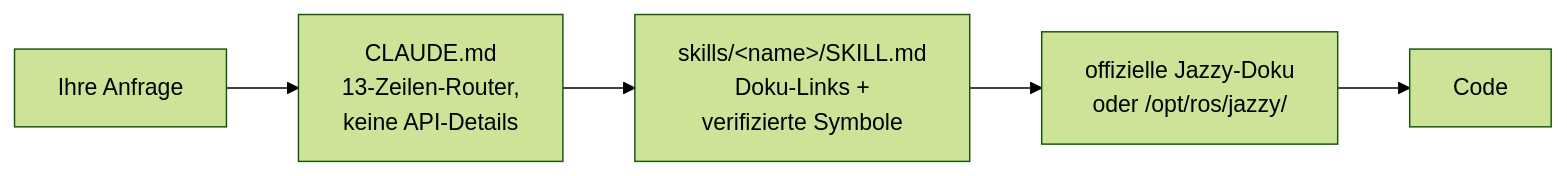
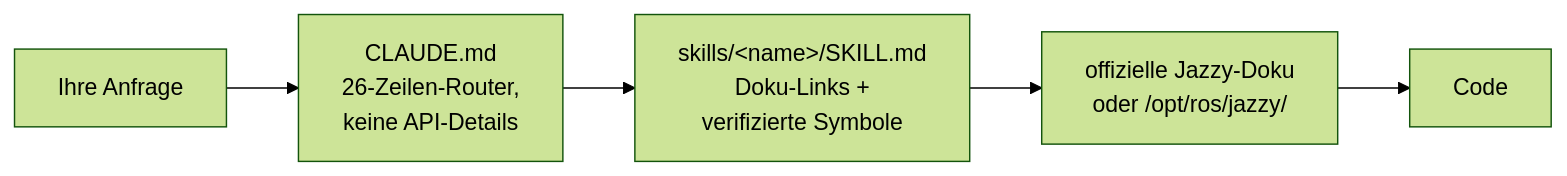
Before and after one commit to Leehyunbin0131/claude-ros2-skills: the diagram in README.de.md, drawn with Mermaid (forest theme). The commit also changed other lines of this file and 11 other files, not shown here.

````diff
--- a/README.de.md
+++ b/README.de.md
@@ -145,7 +145,7 @@
 ```mermaid
 flowchart LR
-    A["Ihre Anfrage"] --> B["CLAUDE.md<br/>13-Zeilen-Router,<br/>keine API-Details"]
+    A["Ihre Anfrage"] --> B["CLAUDE.md<br/>26-Zeilen-Router,<br/>keine API-Details"]
     B --> C["skills/&lt;name&gt;/SKILL.md<br/>Doku-Links +<br/>verifizierte Symbole"]
     C --> D["offizielle Jazzy-Doku<br/>oder /opt/ros/jazzy/"]
     D --> E["Code"]
 ```
````
